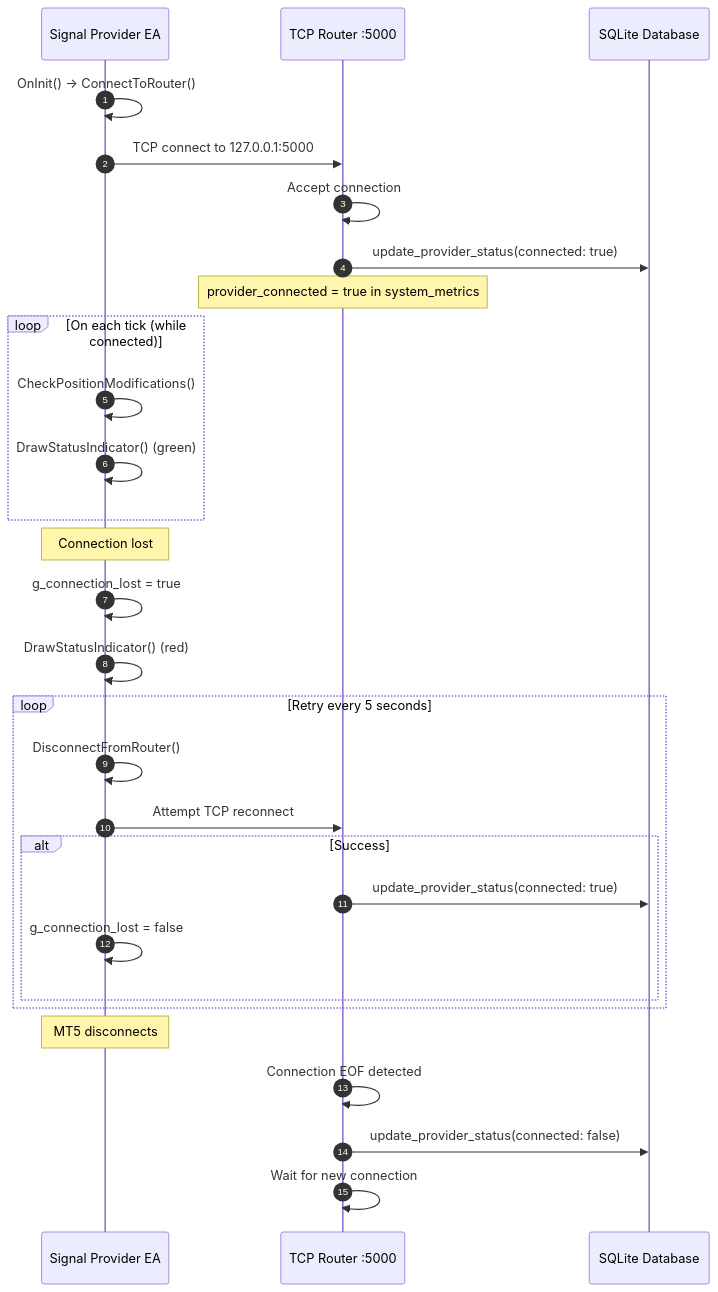
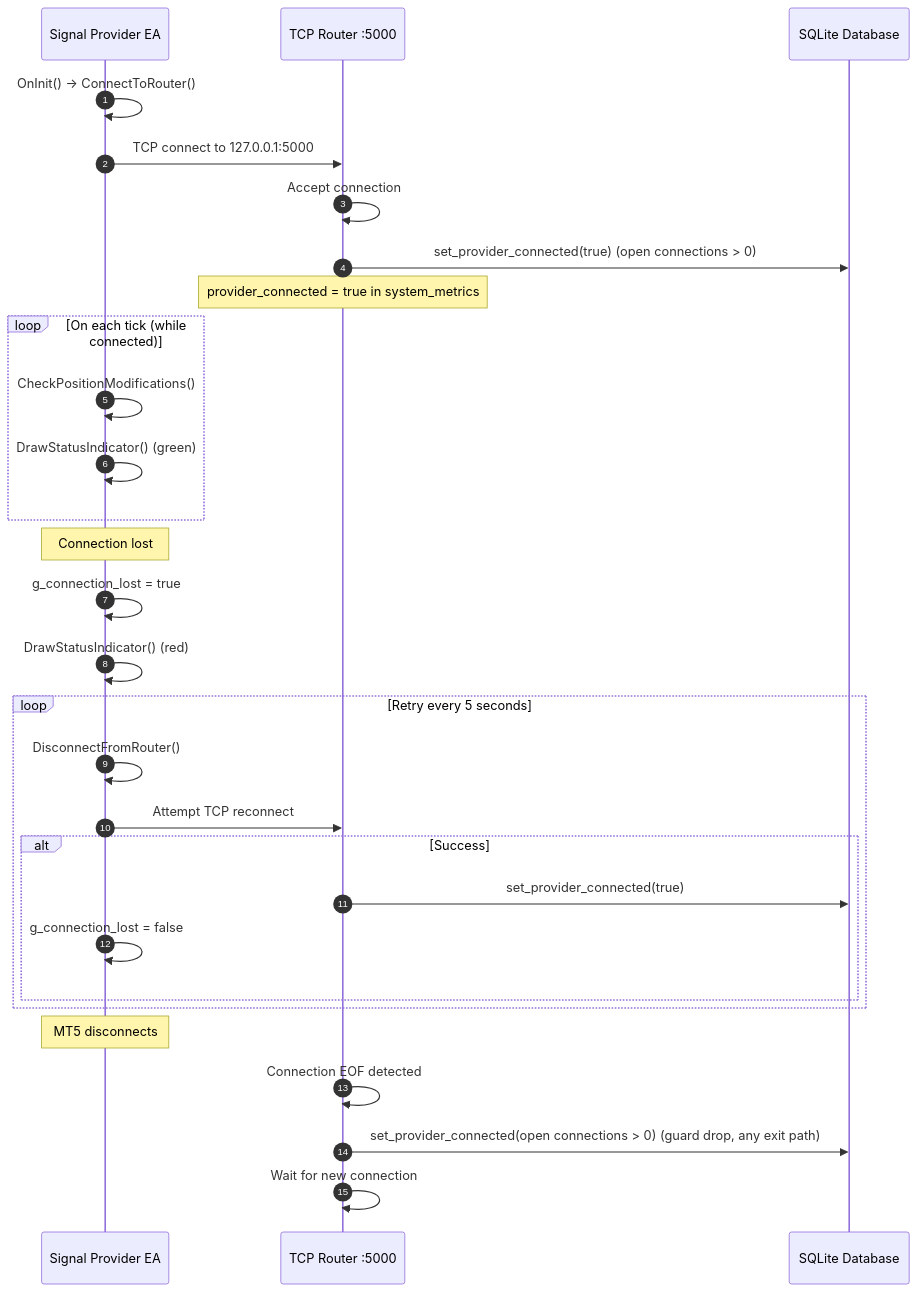
One commit to rickintveld/trade-copier changed the eighth of 19 diagrams in docs/sequence-diagram.md. Above: the diagram before and after it, drawn with Mermaid. The commit also changed other lines of this file and 11 other files, not shown here.

First line of the commit message:
fix(backend): keep provider_connected accurate and fix clippy on macOS/Windows

````diff
--- a/docs/sequence-diagram.md
+++ b/docs/sequence-diagram.md
@@ -368,36 +368,36 @@
 ```mermaid
 sequenceDiagram
     autonumber
     participant Provider as Signal Provider EA
     participant Router as TCP Router :5000
     participant DB as SQLite Database
 
     Provider->>Provider: OnInit() → ConnectToRouter()
     Provider->>Router: TCP connect to 127.0.0.1:5000
     Router->>Router: Accept connection
-    Router->>DB: update_provider_status(connected: true)
+    Router->>DB: set_provider_connected(true) (open connections > 0)
     Note over Router: provider_connected = true in system_metrics
 
     loop On each tick (while connected)
         Provider->>Provider: CheckPositionModifications()
         Provider->>Provider: DrawStatusIndicator() (green)
     end
 
     Note over Provider: Connection lost
     Provider->>Provider: g_connection_lost = true
     Provider->>Provider: DrawStatusIndicator() (red)
 
     loop Retry every 5 seconds
         Provider->>Provider: DisconnectFromRouter()
         Provider->>Router: Attempt TCP reconnect
         alt Success
-            Router->>DB: update_provider_status(connected: true)
+            Router->>DB: set_provider_connected(true)
             Provider->>Provider: g_connection_lost = false
         end
     end
 
     Note over Provider: MT5 disconnects
     Router->>Router: Connection EOF detected
-    Router->>DB: update_provider_status(connected: false)
+    Router->>DB: set_provider_connected(open connections > 0) (guard drop, any exit path)
     Router->>Router: Wait for new connection
 ```
````
